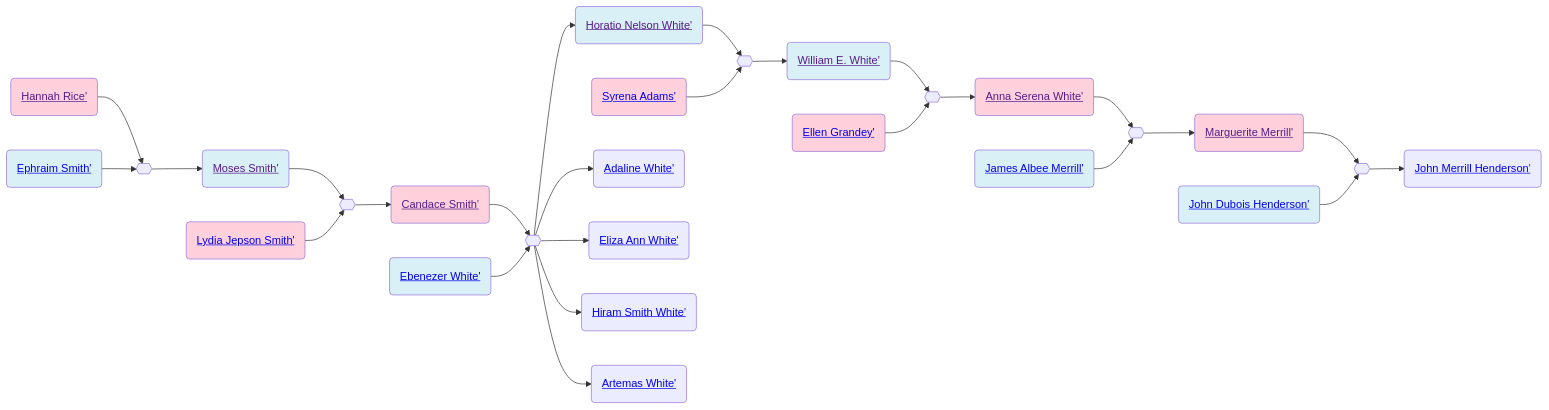
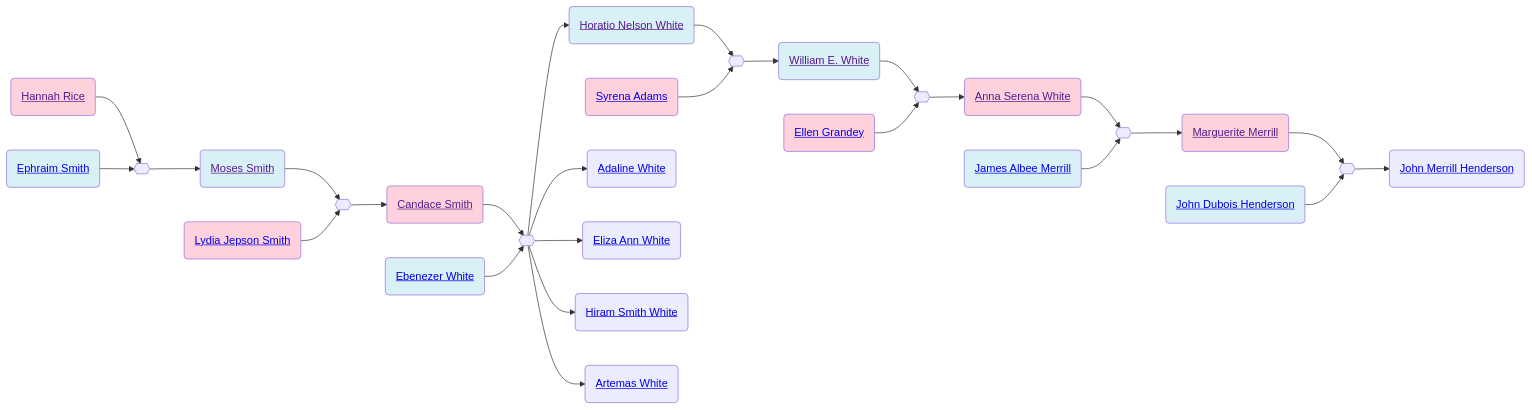
Before and after one commit to neelsmith/avocational: the diagram in familyhistory/sources/people/Merrill-line/White-line/Candace-Smith-line/Hannah_Rice.qmd, drawn with Mermaid. The commit also changed 96 other files, not shown here.

````diff
--- a/familyhistory/sources/people/Merrill-line/White-line/Candace-Smith-line/Hannah_Rice.qmd
+++ b/familyhistory/sources/people/Merrill-line/White-line/Candace-Smith-line/Hannah_Rice.qmd
@@ -26,62 +26,62 @@
 ```{mermaid}
 graph LR
 %% LR descendant diagram
 class Hannah_Rice_and_Ephraim_Smith marriage
-Hannah_Rice(<a href=''>Hannah Rice'</>) --> Hannah_Rice_and_Ephraim_Smith{{ }}
-Ephraim_Smith(<a href='./Ephraim_Smith.html'>Ephraim Smith'</>) --> Hannah_Rice_and_Ephraim_Smith{{ }}
+Hannah_Rice(<a href=''>Hannah Rice</a>) --> Hannah_Rice_and_Ephraim_Smith{{ }}
+Ephraim_Smith(<a href='./Ephraim_Smith.html'>Ephraim Smith</a>) --> Hannah_Rice_and_Ephraim_Smith{{ }}
 class Ephraim_Smith father
 class Hannah_Rice mother
-Hannah_Rice_and_Ephraim_Smith{{ }} --> Moses_Smith(<a href='./../../../Moses_Smith_connections/Moses_Smith.html'>Moses Smith'</>)
+Hannah_Rice_and_Ephraim_Smith{{ }} --> Moses_Smith(<a href='./../../../Moses_Smith_connections/Moses_Smith.html'>Moses Smith</a>)
 class Moses_Smith_and_Lydia_Jepson_Smith marriage
-Moses_Smith(<a href=''>Moses Smith'</>) --> Moses_Smith_and_Lydia_Jepson_Smith{{ }}
-Lydia_Jepson_Smith(<a href='./../Merrill-line/White-line/Candace-Smith-line/Lydia_Jepson_Smith.html'>Lydia Jepson Smith'</>) --> Moses_Smith_and_Lydia_Jepson_Smith{{ }}
+Moses_Smith(<a href=''>Moses Smith</a>) --> Moses_Smith_and_Lydia_Jepson_Smith{{ }}
+Lydia_Jepson_Smith(<a href='./../Merrill-line/White-line/Candace-Smith-line/Lydia_Jepson_Smith.html'>Lydia Jepson Smith</a>) --> Moses_Smith_and_Lydia_Jepson_Smith{{ }}
 class Moses_Smith father
 class Lydia_Jepson_Smith mother
-Moses_Smith_and_Lydia_Jepson_Smith{{ }} --> Candace_Smith(<a href='./../Merrill-line/White-line/Candace-Smith-line/Candace_Smith.html'>Candace Smith'</>)
+Moses_Smith_and_Lydia_Jepson_Smith{{ }} --> Candace_Smith(<a href='./../Merrill-line/White-line/Candace-Smith-line/Candace_Smith.html'>Candace Smith</a>)
 class Candace_Smith_and_Ebenezer_White marriage
-Candace_Smith(<a href=''>Candace Smith'</>) --> Candace_Smith_and_Ebenezer_White{{ }}
-Ebenezer_White(<a href='./../Ebenezer_White.html'>Ebenezer White'</>) --> Candace_Smith_and_Ebenezer_White{{ }}
+Candace_Smith(<a href=''>Candace Smith</a>) --> Candace_Smith_and_Ebenezer_White{{ }}
+Ebenezer_White(<a href='./../Ebenezer_White.html'>Ebenezer White</a>) --> Candace_Smith_and_Ebenezer_White{{ }}
 class Ebenezer_White father
 class Candace_Smith mother
-Candace_Smith_and_Ebenezer_White{{ }} --> Horatio_Nelson_White(<a href='./../Horatio_Nelson_White.html'>Horatio Nelson White'</>)
+Candace_Smith_and_Ebenezer_White{{ }} --> Horatio_Nelson_White(<a href='./../Horatio_Nelson_White.html'>Horatio Nelson White</a>)
 class Horatio_Nelson_White_and_Syrena_Adams marriage
-Horatio_Nelson_White(<a href=''>Horatio Nelson White'</>) --> Horatio_Nelson_White_and_Syrena_Adams{{ }}
-Syrena_Adams(<a href='./Syrena_Adams.html'>Syrena Adams'</>) --> Horatio_Nelson_White_and_Syrena_Adams{{ }}
+Horatio_Nelson_White(<a href=''>Horatio Nelson White</a>) --> Horatio_Nelson_White_and_Syrena_Adams{{ }}
+Syrena_Adams(<a href='./Syrena_Adams.html'>Syrena Adams</a>) --> Horatio_Nelson_White_and_Syrena_Adams{{ }}
 class Horatio_Nelson_White father
 class Syrena_Adams mother
-Horatio_Nelson_White_and_Syrena_Adams{{ }} --> William_E._White(<a href='./William_E._White.html'>William E. White'</>)
+Horatio_Nelson_White_and_Syrena_Adams{{ }} --> William_E._White(<a href='./William_E._White.html'>William E. White</a>)
 class William_E._White_and_Ellen_Grandey marriage
-William_E._White(<a href=''>William E. White'</>) --> William_E._White_and_Ellen_Grandey{{ }}
-Ellen_Grandey(<a href='./../Grandey-line/Ellen_Grandey.html'>Ellen Grandey'</>) --> William_E._White_and_Ellen_Grandey{{ }}
+William_E._White(<a href=''>William E. White</a>) --> William_E._White_and_Ellen_Grandey{{ }}
+Ellen_Grandey(<a href='./../Grandey-line/Ellen_Grandey.html'>Ellen Grandey</a>) --> William_E._White_and_Ellen_Grandey{{ }}
 class William_E._White father
 class Ellen_Grandey mother
-William_E._White_and_Ellen_Grandey{{ }} --> Anna_Serena_White(<a href='./Anna_Serena_White.html'>Anna Serena White'</>)
+William_E._White_and_Ellen_Grandey{{ }} --> Anna_Serena_White(<a href='./Anna_Serena_White.html'>Anna Serena White</a>)
 class Anna_Serena_White_and_James_Albee_Merrill marriage
-Anna_Serena_White(<a href=''>Anna Serena White'</>) --> Anna_Serena_White_and_James_Albee_Merrill{{ }}
-James_Albee_Merrill(<a href='./../James_Albee_Merrill.html'>James Albee Merrill'</>) --> Anna_Serena_White_and_James_Albee_Merrill{{ }}
+Anna_Serena_White(<a href=''>Anna Serena White</a>) --> Anna_Serena_White_and_James_Albee_Merrill{{ }}
+James_Albee_Merrill(<a href='./../James_Albee_Merrill.html'>James Albee Merrill</a>) --> Anna_Serena_White_and_James_Albee_Merrill{{ }}
 class James_Albee_Merrill father
 class Anna_Serena_White mother
-Anna_Serena_White_and_James_Albee_Merrill{{ }} --> Marguerite_Merrill(<a href='./../Marguerite_Merrill.html'>Marguerite Merrill'</>)
+Anna_Serena_White_and_James_Albee_Merrill{{ }} --> Marguerite_Merrill(<a href='./../Marguerite_Merrill.html'>Marguerite Merrill</a>)
 class Marguerite_Merrill_and_John_Dubois_Henderson marriage
-Marguerite_Merrill(<a href=''>Marguerite Merrill'</>) --> Marguerite_Merrill_and_John_Dubois_Henderson{{ }}
-John_Dubois_Henderson(<a href='./../Henderson-line/John_Dubois_Henderson.html'>John Dubois Henderson'</>) --> Marguerite_Merrill_and_John_Dubois_Henderson{{ }}
+Marguerite_Merrill(<a href=''>Marguerite Merrill</a>) --> Marguerite_Merrill_and_John_Dubois_Henderson{{ }}
+John_Dubois_Henderson(<a href='./../Henderson-line/John_Dubois_Henderson.html'>John Dubois Henderson</a>) --> Marguerite_Merrill_and_John_Dubois_Henderson{{ }}
 class John_Dubois_Henderson father
 class Marguerite_Merrill mother
-Marguerite_Merrill_and_John_Dubois_Henderson{{ }} --> John_Merrill_Henderson(<a href='./../Henderson-line/John_Merrill_Henderson.html'>John Merrill Henderson'</>)
+Marguerite_Merrill_and_John_Dubois_Henderson{{ }} --> John_Merrill_Henderson(<a href='./../Henderson-line/John_Merrill_Henderson.html'>John Merrill Henderson</a>)
 class Ebenezer_White father
 class Candace_Smith mother
-Candace_Smith_and_Ebenezer_White{{ }} --> Adaline_White(<a href='./../Adaline_White.html'>Adaline White'</>)
+Candace_Smith_and_Ebenezer_White{{ }} --> Adaline_White(<a href='./../Adaline_White.html'>Adaline White</a>)
 class Ebenezer_White father
 class Candace_Smith mother
-Candace_Smith_and_Ebenezer_White{{ }} --> Eliza_Ann_White(<a href='./../Eliza_Ann_White.html'>Eliza Ann White'</>)
+Candace_Smith_and_Ebenezer_White{{ }} --> Eliza_Ann_White(<a href='./../Eliza_Ann_White.html'>Eliza Ann White</a>)
 class Ebenezer_White father
 class Candace_Smith mother
-Candace_Smith_and_Ebenezer_White{{ }} --> Hiram_Smith_White(<a href='./../Hiram_Smith_White.html'>Hiram Smith White'</>)
+Candace_Smith_and_Ebenezer_White{{ }} --> Hiram_Smith_White(<a href='./../Hiram_Smith_White.html'>Hiram Smith White</a>)
 class Ebenezer_White father
 class Candace_Smith mother
-Candace_Smith_and_Ebenezer_White{{ }} --> Artemas_White(<a href='./../Artemas_White.html'>Artemas White'</>)
+Candace_Smith_and_Ebenezer_White{{ }} --> Artemas_White(<a href='./../Artemas_White.html'>Artemas White</a>)
 classDef mother fill:#ffd1dc
 classDef father fill:#daf0f7  
 classDef marriage fill:#ffffff
 
 ```
````
